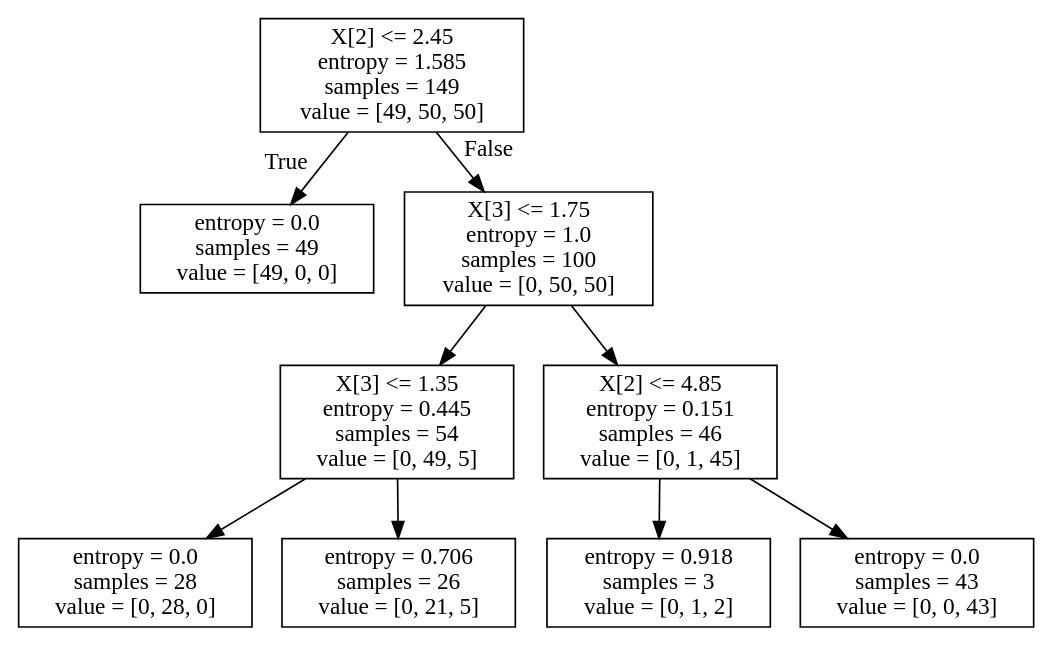
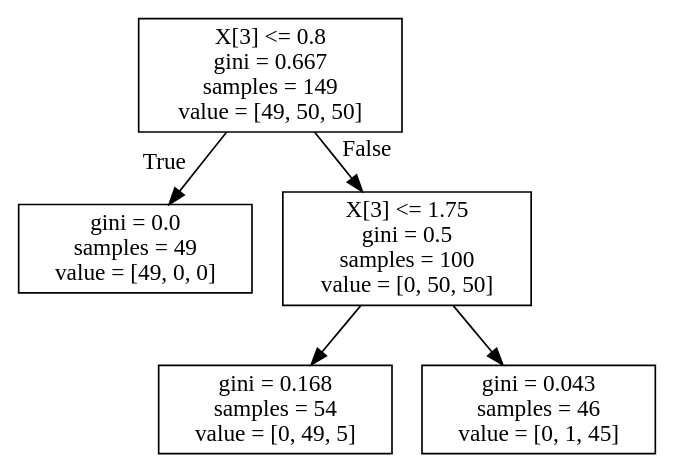
One commit to jtao/tamids changed the diagram in bootcamp2019/intro_to_ds/case1.1/iris_dtc.dot. Above: the diagram before and after it, drawn with Graphviz. The commit also changed 28 other files, not shown here.

```diff
--- a/bootcamp2019/intro_to_ds/case1.1/iris_dtc.dot
+++ b/bootcamp2019/intro_to_ds/case1.1/iris_dtc.dot
@@ -1,20 +1,12 @@
 digraph Tree {
 node [shape=box] ;
-0 [label="X[2] <= 2.45\nentropy = 1.585\nsamples = 149\nvalue = [49, 50, 50]"] ;
-1 [label="entropy = 0.0\nsamples = 49\nvalue = [49, 0, 0]"] ;
+0 [label="X[3] <= 0.8\ngini = 0.667\nsamples = 149\nvalue = [49, 50, 50]"] ;
+1 [label="gini = 0.0\nsamples = 49\nvalue = [49, 0, 0]"] ;
 0 -> 1 [labeldistance=2.5, labelangle=45, headlabel="True"] ;
-2 [label="X[3] <= 1.75\nentropy = 1.0\nsamples = 100\nvalue = [0, 50, 50]"] ;
+2 [label="X[3] <= 1.75\ngini = 0.5\nsamples = 100\nvalue = [0, 50, 50]"] ;
 0 -> 2 [labeldistance=2.5, labelangle=-45, headlabel="False"] ;
-3 [label="X[3] <= 1.35\nentropy = 0.445\nsamples = 54\nvalue = [0, 49, 5]"] ;
+3 [label="gini = 0.168\nsamples = 54\nvalue = [0, 49, 5]"] ;
 2 -> 3 ;
-4 [label="entropy = 0.0\nsamples = 28\nvalue = [0, 28, 0]"] ;
-3 -> 4 ;
-5 [label="entropy = 0.706\nsamples = 26\nvalue = [0, 21, 5]"] ;
-3 -> 5 ;
-6 [label="X[2] <= 4.85\nentropy = 0.151\nsamples = 46\nvalue = [0, 1, 45]"] ;
-2 -> 6 ;
-7 [label="entropy = 0.918\nsamples = 3\nvalue = [0, 1, 2]"] ;
-6 -> 7 ;
-8 [label="entropy = 0.0\nsamples = 43\nvalue = [0, 0, 43]"] ;
-6 -> 8 ;
+4 [label="gini = 0.043\nsamples = 46\nvalue = [0, 1, 45]"] ;
+2 -> 4 ;
 }
```
